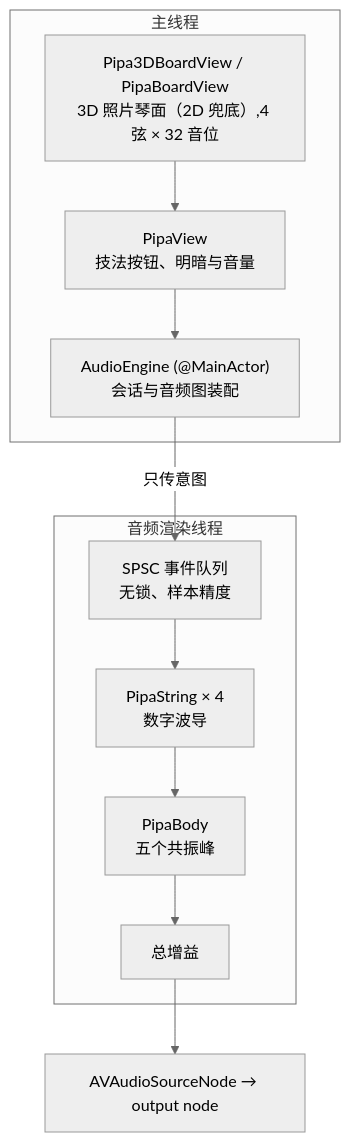
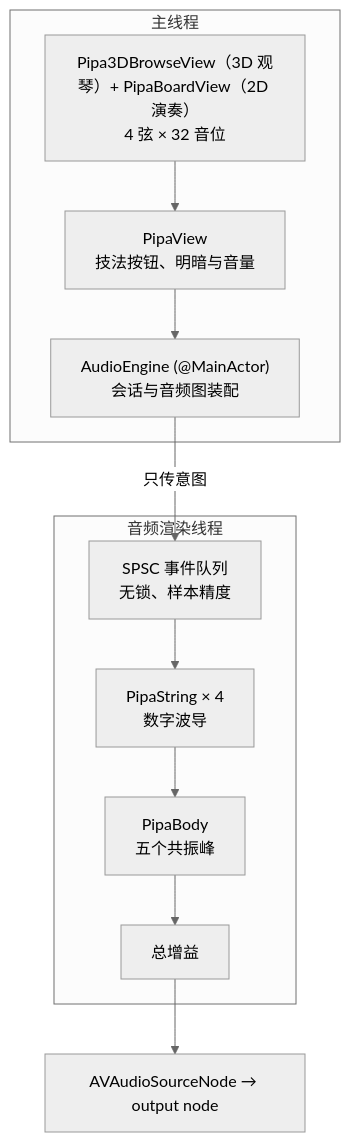
One commit to ZehuiWU2009/ElectricPipa changed the second of 2 diagrams in README.md. Above: the diagram before and after it, drawn with Mermaid (neutral theme). The commit also changed other lines of this file and 26 other files, not shown here.

````diff
--- a/README.md
+++ b/README.md
@@ -383,21 +404,21 @@
 ```mermaid
 flowchart TB
     subgraph MAIN ["主线程"]
-        U1["Pipa3DBoardView / PipaBoardView<br/>3D 照片琴面（2D 兜底）,4 弦 × 32 音位"]
+        U1["Pipa3DBrowseView（3D 观琴）+ PipaBoardView（2D 演奏）<br/>4 弦 × 32 音位"]
         U2["PipaView<br/>技法按钮、明暗与音量"]
         U3["AudioEngine (@MainActor)<br/>会话与音频图装配"]
     end
     subgraph AUDIO ["音频渲染线程"]
         Q["SPSC 事件队列<br/>无锁、样本精度"]
         S1["PipaString × 4<br/>数字波导"]
         B["PipaBody<br/>五个共振峰"]
         G["总增益"]
     end
     U1 --> U2
     U2 --> U3
     U3 -->|"只传意图"| Q
     Q --> S1
     S1 --> B
     B --> G
     G --> OUT["AVAudioSourceNode → output node"]
 ```
````
